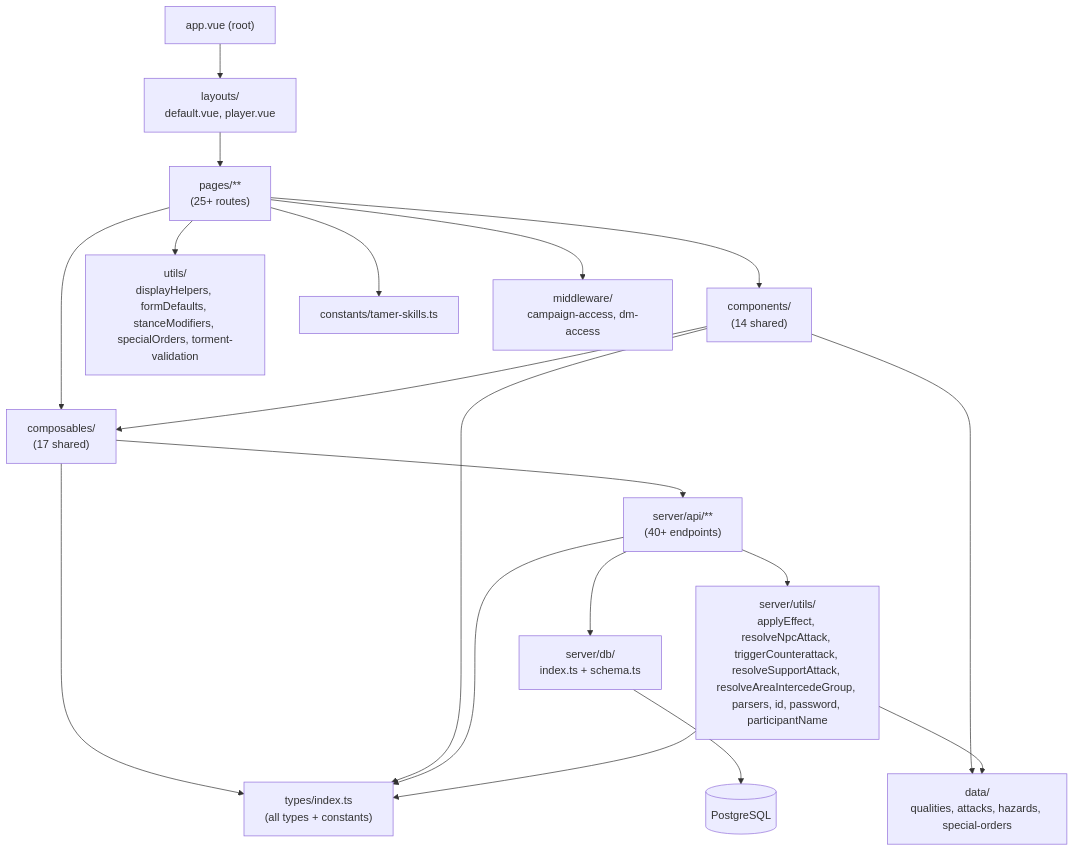
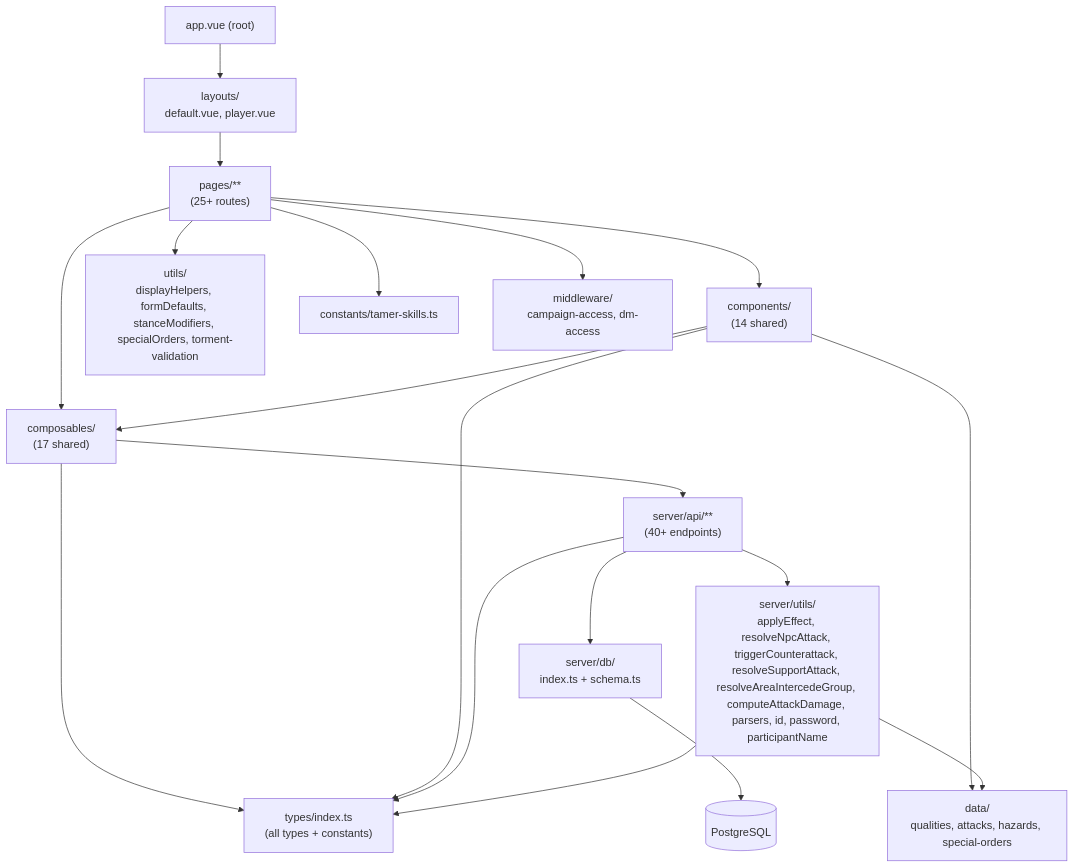
The diagram in PROJECT_MAP.md (Eddy-Above/DDA-Tactics), drawn with Mermaid before and after one commit. The commit also changed other lines of this file, not shown here.

````diff
--- a/PROJECT_MAP.md
+++ b/PROJECT_MAP.md
@@ -413,35 +427,35 @@
 ```mermaid
 flowchart TD
     App["app.vue (root)"]
     Layouts["layouts/\ndefault.vue, player.vue"]
     Pages["pages/**\n(25+ routes)"]
     Components["components/\n(14 shared)"]
     Composables["composables/\n(17 shared)"]
     Types["types/index.ts\n(all types + constants)"]
     Data["data/\nqualities, attacks, hazards, special-orders"]
     Utils["utils/\ndisplayHelpers, formDefaults, stanceModifiers, specialOrders, torment-validation"]
     Constants["constants/tamer-skills.ts"]
     Middleware["middleware/\ncampaign-access, dm-access"]
     ServerAPI["server/api/**\n(40+ endpoints)"]
-    ServerUtils["server/utils/\napplyEffect, resolveNpcAttack, triggerCounterattack, resolveSupportAttack, resolveAreaIntercedeGroup, parsers, id, password, participantName"]
+    ServerUtils["server/utils/\napplyEffect, resolveNpcAttack, triggerCounterattack, resolveSupportAttack, resolveAreaIntercedeGroup, computeAttackDamage, parsers, id, password, participantName"]
     DB["server/db/\nindex.ts + schema.ts"]
     Postgres[("PostgreSQL")]
 
     App --> Layouts --> Pages
     Pages --> Components
     Pages --> Composables
     Components --> Composables
     Composables --> Types
     Composables --> ServerAPI
     Components --> Types
     Components --> Data
     Pages --> Middleware
     Pages --> Utils
     Pages --> Constants
     ServerAPI --> DB
     ServerAPI --> ServerUtils
     ServerAPI --> Types
     ServerUtils --> Types
     ServerUtils --> Data
     DB --> Postgres
 ```
````
